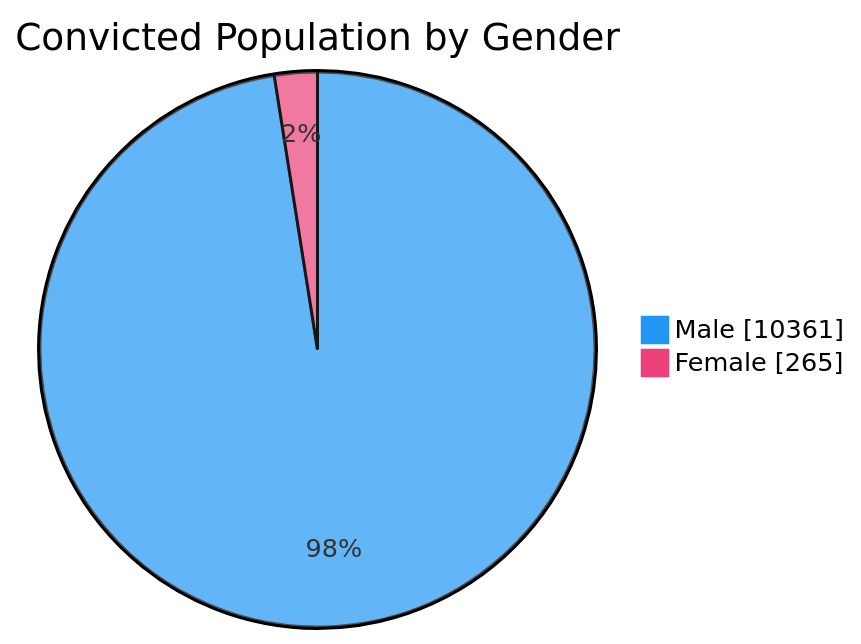
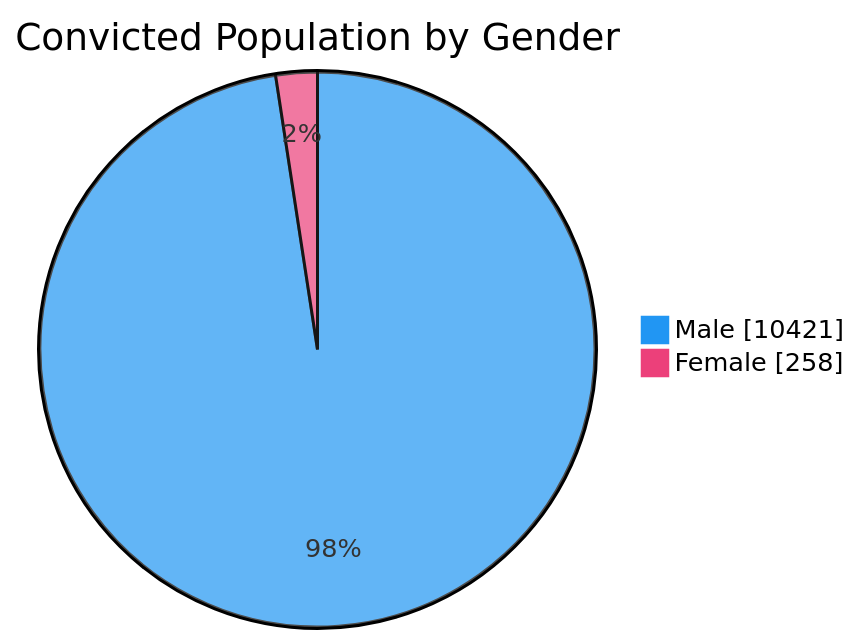
The third of 7 diagrams in README.md (nuuuwan/lk_prisons), drawn with Mermaid before and after one commit. The commit also changed other lines of this file and 1 other file, not shown here.

````diff
--- a/README.md
+++ b/README.md
@@ -65,6 +65,6 @@
 ```mermaid
 %%{init: {'themeVariables': {'pie1': '#2196F3', 'pie2': '#EC407A'}}}%%
 pie showData title Convicted Population by Gender
-    "Male" : 10361
-    "Female" : 265
+    "Male" : 10421
+    "Female" : 258
 ```
````
